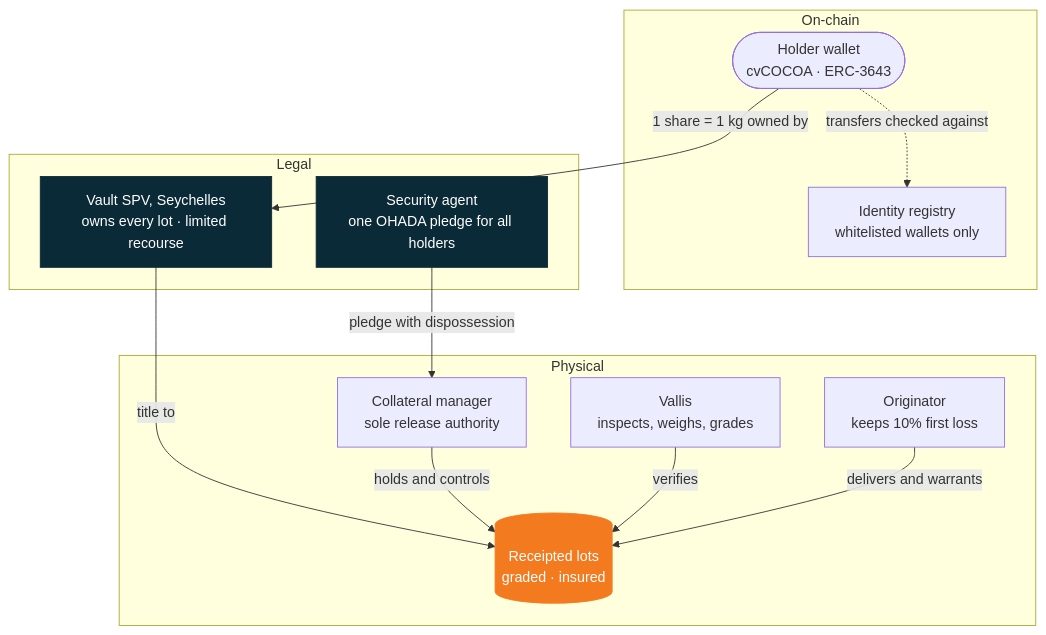
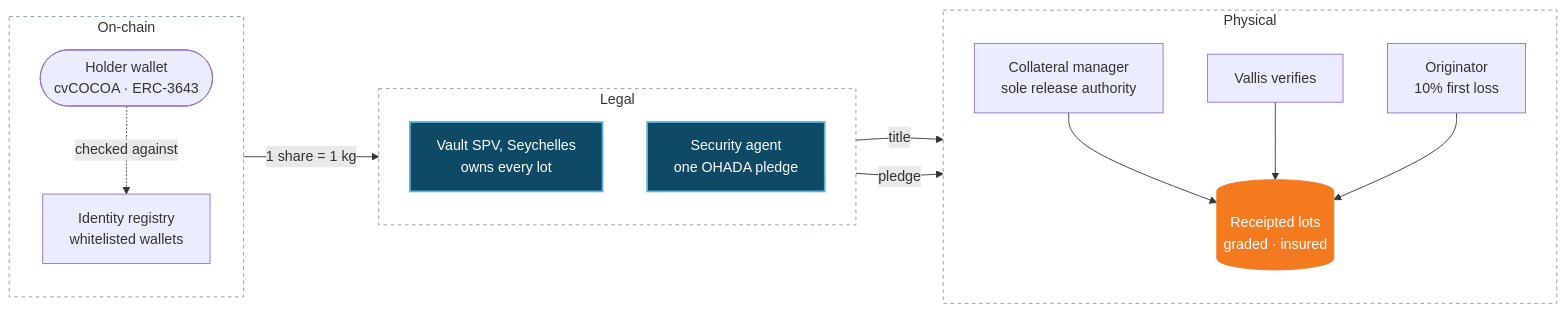
The first of 2 diagrams in ecosystem/rwa-vault-mechanism.mdx (cargofinance/documentation), drawn with Mermaid before and after one commit. The commit also changed other lines of this file and 4 other files, not shown here.

First line of the commit message:
Widen diagrams and make them work in light and dark mode

````diff
--- a/ecosystem/rwa-vault-mechanism.mdx
+++ b/ecosystem/rwa-vault-mechanism.mdx
@@ -13,28 +13,28 @@
 ```mermaid
-flowchart TB
+flowchart LR
     subgraph CHAIN["On-chain"]
-        W(["Holder wallet<br/>cvCOCOA · ERC-3643"])
-        IR["Identity registry<br/>whitelisted wallets only"]
+        direction TB
+        W(["Holder wallet<br/>cvCOCOA · ERC-3643"]) -. "checked against" .-> IR["Identity registry<br/>whitelisted wallets"]
     end
     subgraph LEGAL["Legal"]
-        SPV["Vault SPV, Seychelles<br/>owns every lot · limited recourse"]
-        SA["Security agent<br/>one OHADA pledge for all holders"]
+        direction TB
+        SPV["Vault SPV, Seychelles<br/>owns every lot"]
+        SA["Security agent<br/>one OHADA pledge"]
     end
     subgraph PHYSICAL["Physical"]
-        CM["Collateral manager<br/>sole release authority"]
-        LOTS[("Receipted lots<br/>graded · insured")]
-        V["Vallis<br/>inspects, weighs, grades"]
-        O["Originator<br/>keeps 10% first loss"]
+        direction TB
+        CM["Collateral manager<br/>sole release authority"] --> LOTS[("Receipted lots<br/>graded · insured")]
+        V["Vallis verifies"] --> LOTS
+        O["Originator<br/>10% first loss"] --> LOTS
     end
-    W -. "transfers checked against" .-> IR
-    W -- "1 share = 1 kg owned by" --> SPV
-    SPV -- "title to" --> LOTS
-    SA -- "pledge with dispossession" --> CM
-    CM -- "holds and controls" --> LOTS
-    V -- "verifies" --> LOTS
-    O -- "delivers and warrants" --> LOTS
-    classDef navy fill:#0B2A37,stroke:#0B2A37,color:#ffffff
-    classDef orange fill:#F47A20,stroke:#F47A20,color:#ffffff
-    class SPV,SA navy
-    class LOTS orange
+    W -- "1 share = 1 kg" --> SPV
+    SPV -- "title" --> LOTS
+    SA -- "pledge" --> CM
+    classDef key fill:#0E4A66,stroke:#5BB4DB,stroke-width:2px,color:#ffffff
+    classDef accent fill:#F47A20,stroke:#F47A20,color:#ffffff
+    class SPV,SA key
+    class LOTS accent
+    style CHAIN fill:transparent,stroke:#8A96A0,stroke-dasharray:4 4
+    style LEGAL fill:transparent,stroke:#8A96A0,stroke-dasharray:4 4
+    style PHYSICAL fill:transparent,stroke:#8A96A0,stroke-dasharray:4 4
 ```
````
